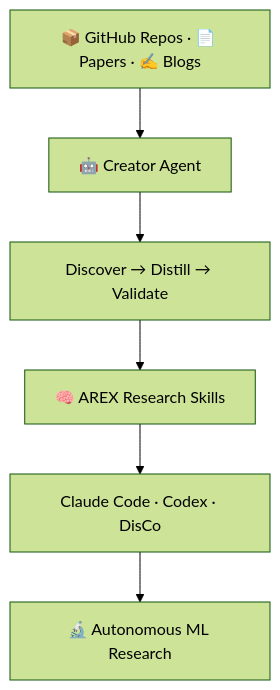
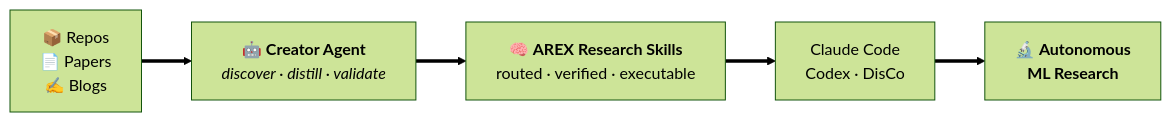
One commit to Lolo1222/AREX-Skill changed the first of 5 diagrams in README.md. Above: the diagram before and after it, drawn with Mermaid (forest theme). The commit also changed other lines of this file and 1 other file, not shown here.

Commit message:
docs: horizontal hero diagram, fix pain-point table borders
Claude-Session: https://claude.ai/code/session_01Jh4ieFf24mBvscrDVc3ECQ

````diff
--- a/README.md
+++ b/README.md
@@ -23,8 +23,7 @@
 ```mermaid
-flowchart TD
-    A["📦 GitHub Repos · 📄 Papers · ✍️ Blogs"] --> B["🤖 Creator Agent"]
-    B --> C["Discover → Distill → Validate"]
-    C --> D["🧠 AREX Research Skills"]
-    D --> E["Claude Code · Codex · DisCo"]
-    E --> F["🔬 Autonomous ML Research"]
+flowchart LR
+    A["📦 Repos<br>📄 Papers<br>✍️ Blogs"] ==> B["🤖 <b>Creator Agent</b><br><i>discover · distill · validate</i>"]
+    B ==> C["🧠 <b>AREX Research Skills</b><br>routed · verified · executable"]
+    C ==> D["Claude Code<br>Codex · DisCo"]
+    D ==> E["🔬 <b>Autonomous<br>ML Research</b>"]
 ```
````
